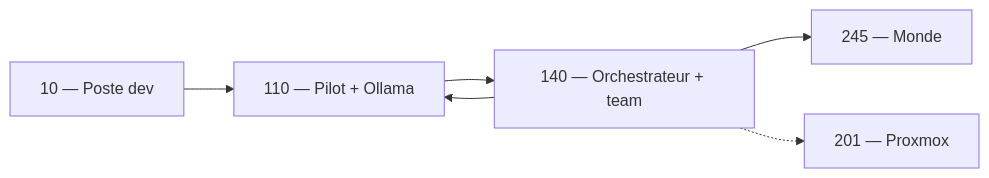
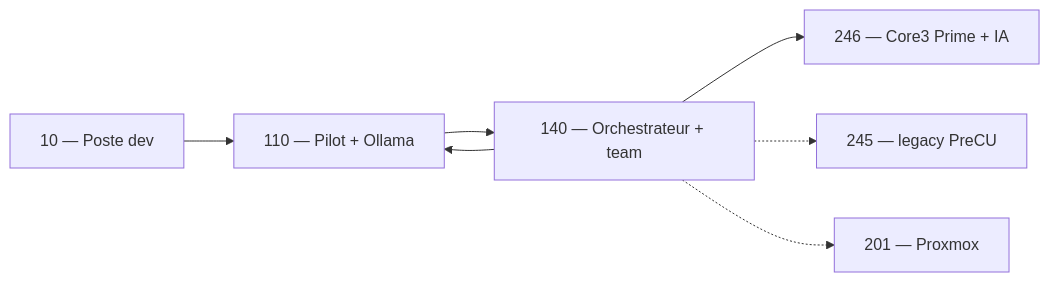
One commit to Teome0245/LBG_IA_MMORPG changed the diagram in LBG_IA_MMO/docs/architecture_equipe_virtuelle_studio.md. Above: the diagram before and after it, drawn with Mermaid. The commit also changed other lines of this file and 14 other files, not shown here.

````diff
--- a/LBG_IA_MMO/docs/architecture_equipe_virtuelle_studio.md
+++ b/LBG_IA_MMO/docs/architecture_equipe_virtuelle_studio.md
@@ -35,14 +35,15 @@
 ```mermaid
 flowchart LR
   PC["10 — Poste dev"]
   V110["110 — Pilot + Ollama"]
   V140["140 — Orchestrateur + team"]
   V245["245 — Monde"]
   PVE["201 — Proxmox"]
 
   PC --> V110
   V110 --> V140
   V140 --> V110
-  V140 --> V245
+  V140 --> V246["246 — Core3 Prime + IA"]
+  V140 -.-> V245["245 — legacy PreCU"]
   V140 -.-> PVE
 ```
````
